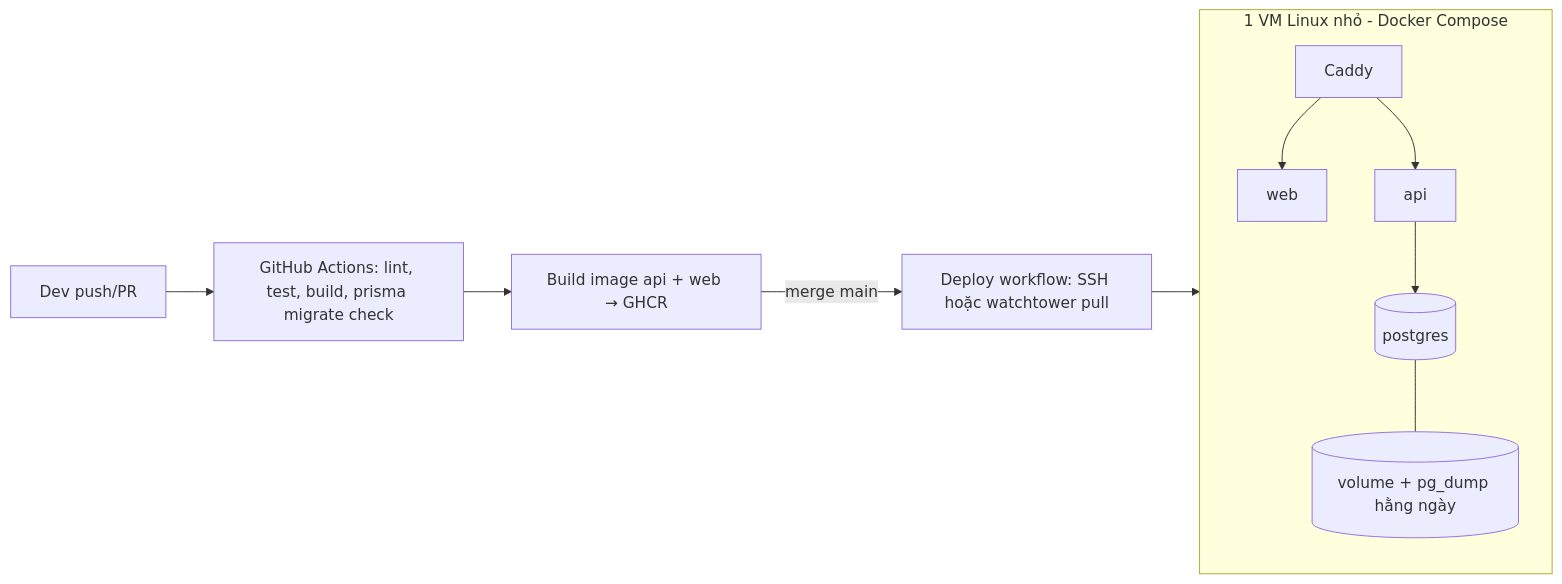
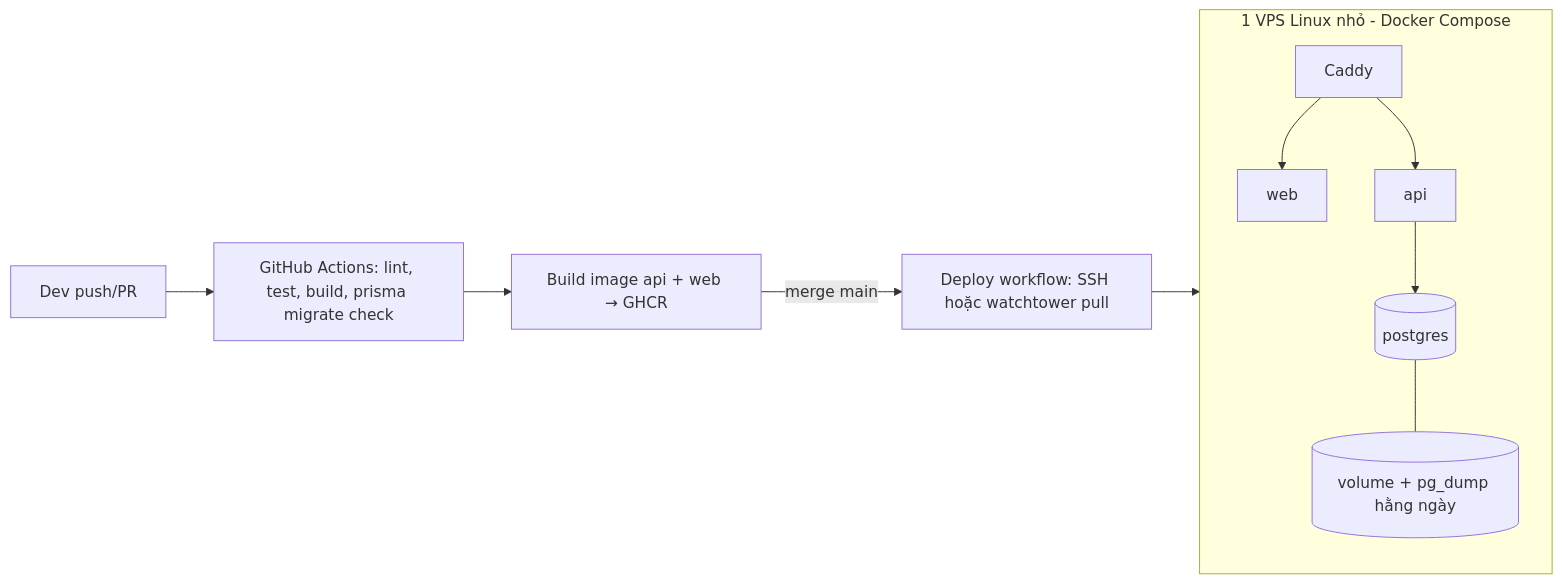
Before and after one commit to hcmute-dsc/learning-hub-docs: the fourth of 4 diagrams in docs/product/ARCHITECTURE.md, drawn with Mermaid. The commit also changed other lines of this file and 12 other files, not shown here.

````diff
--- a/docs/product/ARCHITECTURE.md
+++ b/docs/product/ARCHITECTURE.md
@@ -168,13 +168,13 @@
 ```mermaid
 flowchart LR
   Dev[Dev push/PR] --> CI[GitHub Actions: lint, test, build, prisma migrate check]
   CI --> Img[Build image api + web → GHCR]
   Img -->|merge main| Deploy[Deploy workflow: SSH hoặc watchtower pull]
-  subgraph VM[1 VM Linux nhỏ - Docker Compose]
+  subgraph VM[1 VPS Linux nhỏ - Docker Compose]
     Caddy --> web
     Caddy --> api
     api --> db[(postgres)]
     db --- Vol[(volume + pg_dump hằng ngày)]
   end
   Deploy --> VM
 ```
````
